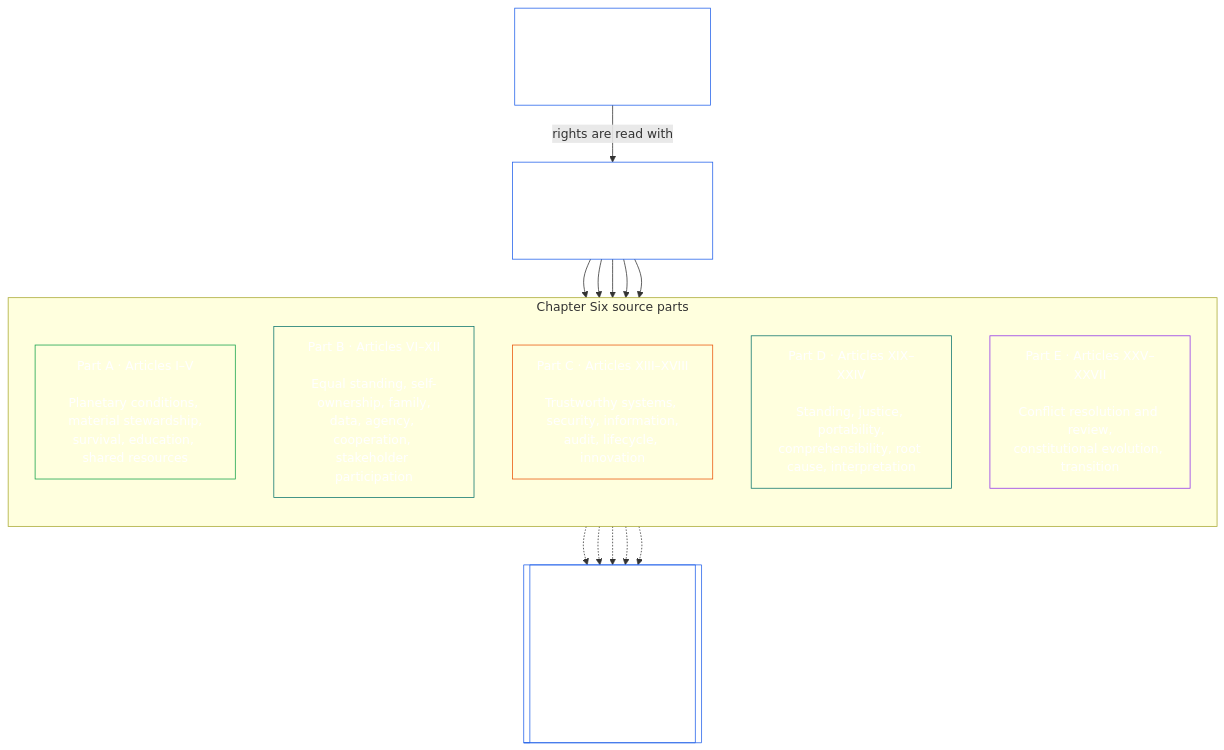
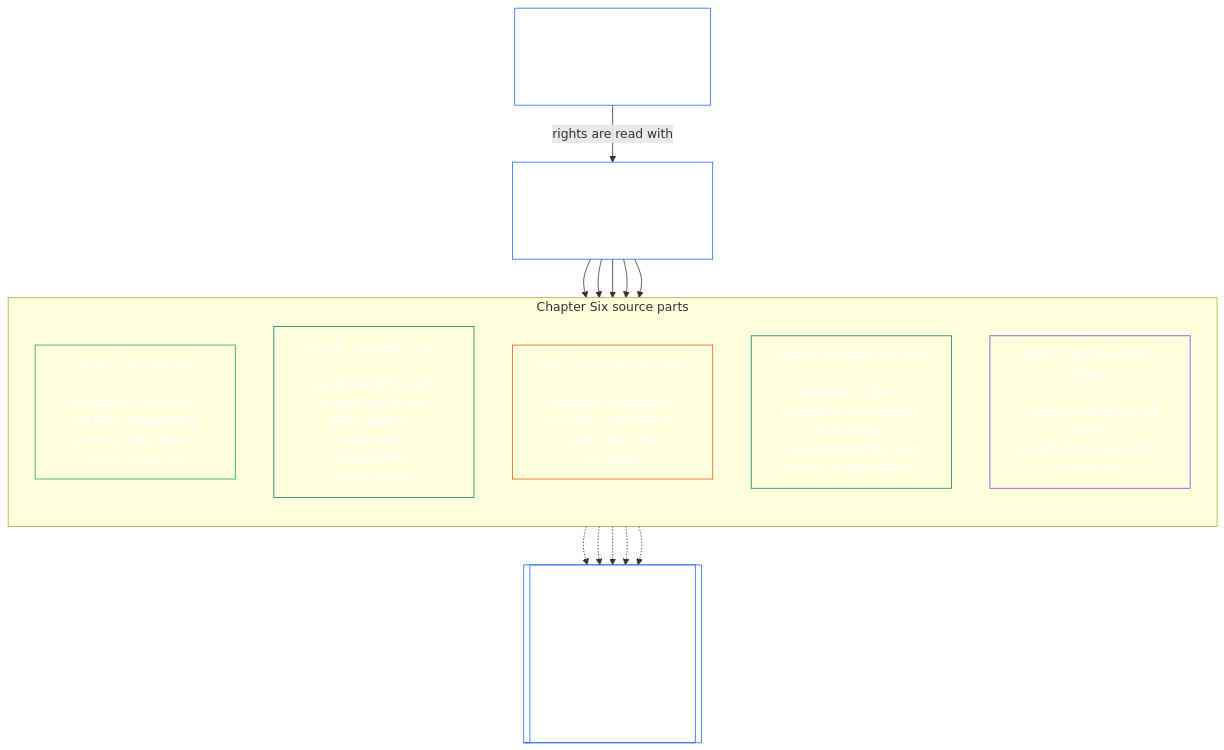
Before and after one commit to kfoelsch/Sentient_Constitution: the first of 2 diagrams in core_06_rights_part_a.md, drawn with Mermaid. The commit also changed other lines of this file and 120 other files, not shown here.

First line of the commit message:
docs(ch06): give Movement and Refuge its own Article XXII; renumber XXII-XXVII

````diff
--- a/core_06_rights_part_a.md
+++ b/core_06_rights_part_a.md
@@ -88,33 +88,33 @@
 ```mermaid
 flowchart TB
     T["Constitutional Tetrad<br/><br/>Two Constitutional Aims<br/>Scaled to material stake"]
     R["Chapter Six<br/><br/>Foundational Rights Floor"]
     subgraph Parts["Chapter Six source parts"]
         direction TB
         A["Part A · Articles I–V<br/><br/>Planetary conditions, material stewardship,<br/>survival, education, shared resources"]
         B["Part B · Articles VI–XII<br/><br/>Equal standing, self-ownership, family,<br/>data, agency, cooperation, stakeholder participation"]
         C["Part C · Articles XIII–XVIII<br/><br/>Trustworthy systems, security, information,<br/>audit, lifecycle, innovation"]
-        D["Part D · Articles XIX–XXIV<br/><br/>Standing, justice, portability,<br/>comprehensibility, root cause, interpretation"]
-        E["Part E · Articles XXV–XXVII<br/><br/>Conflict resolution and review,<br/>constitutional evolution, transition"]
+        D["Part D · Articles XIX–XXV<br/><br/>Standing, justice, portability, movement and refuge,<br/>comprehensibility, root cause, interpretation"]
+        E["Part E · Articles XXVI–XXVIII<br/><br/>Conflict resolution and review,<br/>constitutional evolution, transition"]
     end
     P[["Later governance, measurement, certification,<br/>forums, remedy, and implementation<br/><br/>Outside this chapter; must respect the Rights Floor"]]
     T -->|rights are read with| R
     R --> A
     R --> B
     R --> C
     R --> D
     R --> E
     A -.-> P
     B -.-> P
     C -.-> P
     D -.-> P
     E -.-> P
     style T fill:none,stroke:#2563eb,color:#ffffff
     style R fill:none,stroke:#2563eb,color:#ffffff
     style A fill:none,stroke:#16a34a,color:#ffffff
     style B fill:none,stroke:#0f766e,color:#ffffff
     style C fill:none,stroke:#ea580c,color:#ffffff
     style D fill:none,stroke:#0f766e,color:#ffffff
     style E fill:none,stroke:#9333ea,color:#ffffff
     style P fill:none,stroke:#2563eb,color:#ffffff
 ```
````
